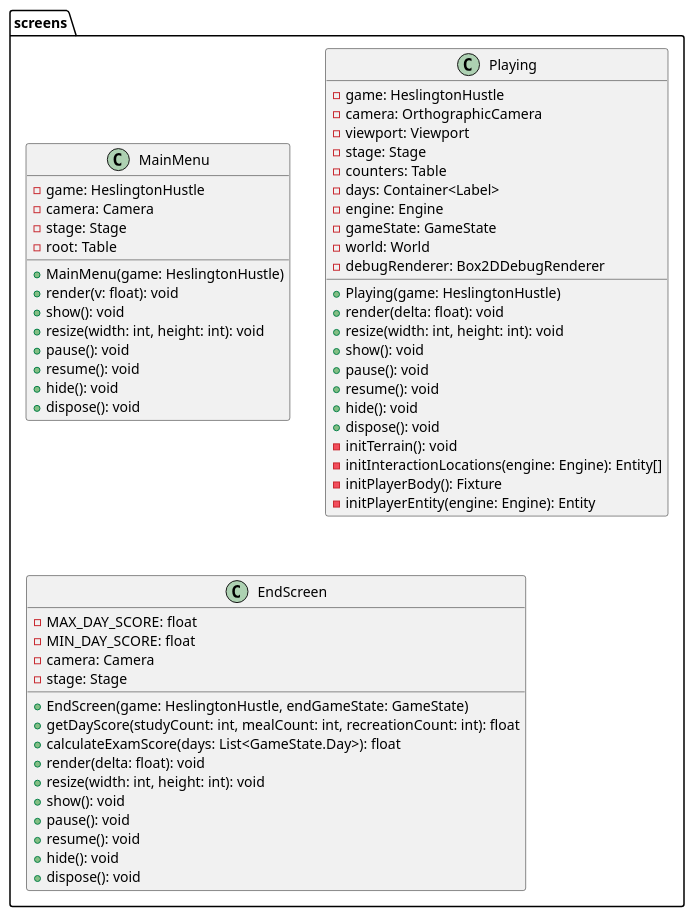
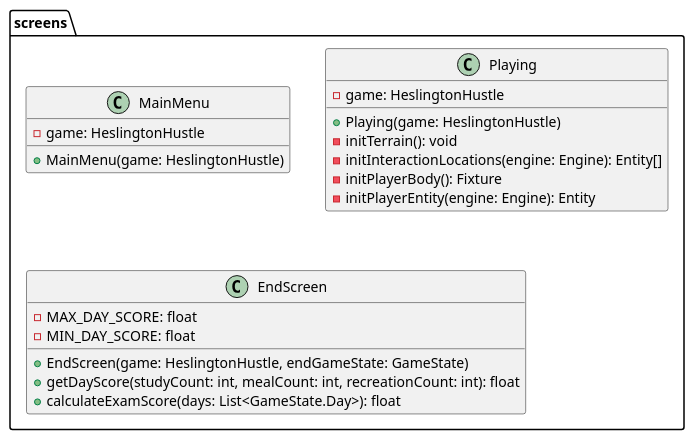
Before and after one commit to ENG1-Group-9-2024/Heslington-Hustle-2: the diagram in architecture/screens.puml, drawn with PlantUML. The commit also changed 9 other files, not shown here.

```diff
--- a/architecture/screens.puml
+++ b/architecture/screens.puml
@@ -1,62 +1,34 @@
 @startuml
 
 package screens {
     class MainMenu {
         - game: HeslingtonHustle
-        - camera: Camera
-        - stage: Stage
-        - root: Table
+
         + MainMenu(game: HeslingtonHustle)
-        + render(v: float): void
-        + show(): void
-        + resize(width: int, height: int): void
-        + pause(): void
-        + resume(): void
-        + hide(): void
-        + dispose(): void
+
     }
 
     class Playing {
         - game: HeslingtonHustle
-        - camera: OrthographicCamera
-        - viewport: Viewport
-        - stage: Stage
-        - counters: Table
-        - days: Container<Label>
-        - engine: Engine
-        - gameState: GameState
-        - world: World
-        - debugRenderer: Box2DDebugRenderer
+
         + Playing(game: HeslingtonHustle)
-        + render(delta: float): void
-        + resize(width: int, height: int): void
-        + show(): void
-        + pause(): void
-        + resume(): void
-        + hide(): void
-        + dispose(): void
+
+
         - initTerrain(): void
         - initInteractionLocations(engine: Engine): Entity[]
         - initPlayerBody(): Fixture
         - initPlayerEntity(engine: Engine): Entity
     }
 
     class EndScreen {
         - MAX_DAY_SCORE: float
         - MIN_DAY_SCORE: float
-        - camera: Camera
-        - stage: Stage
+
 
         + EndScreen(game: HeslingtonHustle, endGameState: GameState)
         + getDayScore(studyCount: int, mealCount: int, recreationCount: int): float
         + calculateExamScore(days: List<GameState.Day>): float
-        + render(delta: float): void
-        + resize(width: int, height: int): void
-        + show(): void
-        + pause(): void
-        + resume(): void
-        + hide(): void
-        + dispose(): void
+
     }
 }
 @enduml
```
